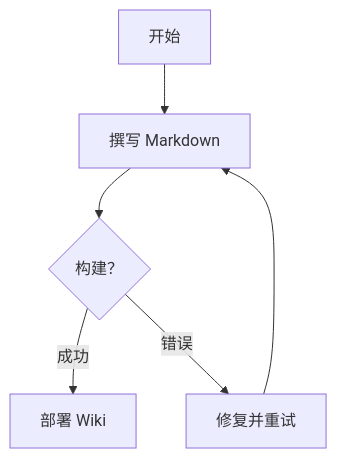
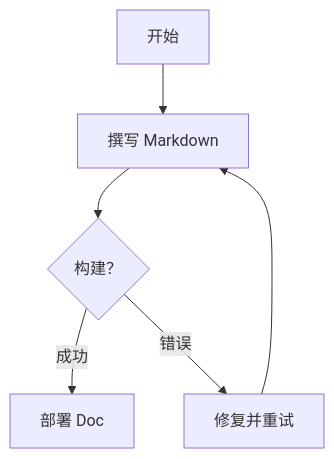
The first of 2 diagrams in static/_source/template-zh.md (leoyim/leoyim-doc-template), drawn with Mermaid before and after one commit. The commit also changed other lines of this file and 12 other files, not shown here.

````diff
--- a/static/_source/template-zh.md
+++ b/static/_source/template-zh.md
@@ -151,8 +151,8 @@
 ```mermaid
 graph TD
     A[开始] --> B[撰写 Markdown]
     B --> C{构建？}
-    C -->|成功| D[部署 Wiki]
+    C -->|成功| D[部署 Doc]
     C -->|错误| E[修复并重试]
     E --> B
 ```
````
